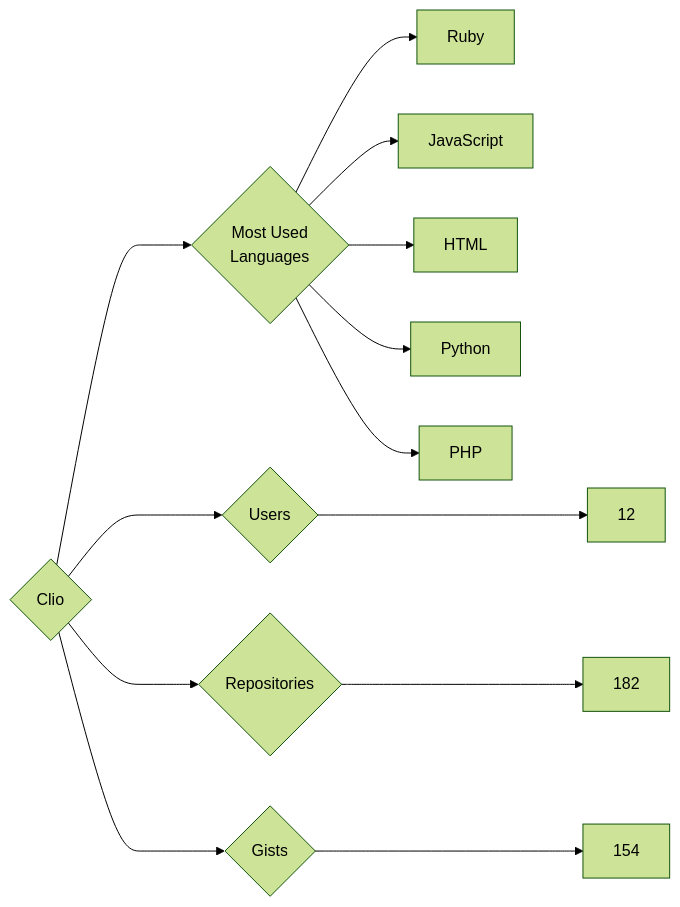
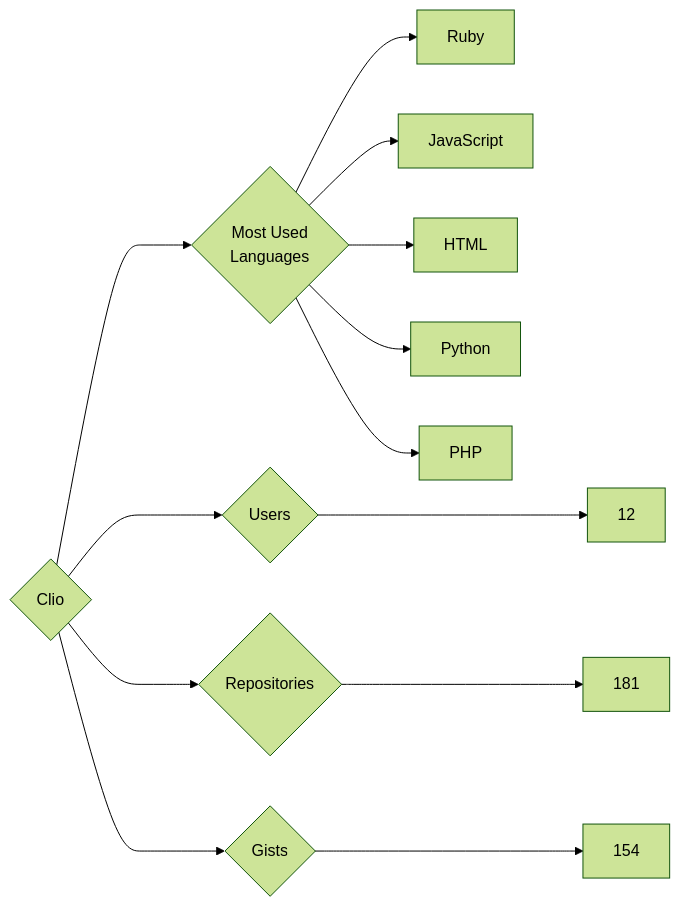
The diagram in targets/Clio/README.md (trickest/insiders), drawn with Mermaid (forest theme) before and after one commit. The commit also changed 965 other files, not shown here.

````diff
--- a/targets/Clio/README.md
+++ b/targets/Clio/README.md
@@ -3,13 +3,13 @@
 ```mermaid
 graph LR
 COMPANY_NAME{Clio}
 COMPANY_NAME ---> U{Users} ---> UN[12]
-COMPANY_NAME ---> R{Repositories} ---> RN[182]
+COMPANY_NAME ---> R{Repositories} ---> RN[181]
 COMPANY_NAME ---> G{Gists} ---> GN[154]
 COMPANY_NAME ---> ML{Most Used<br>Languages}
 ML --> Ruby[Ruby]
 ML --> JavaScript[JavaScript]
 ML --> HTML[HTML]
 ML --> Python[Python]
 ML --> PHP[PHP]
 ```
````
